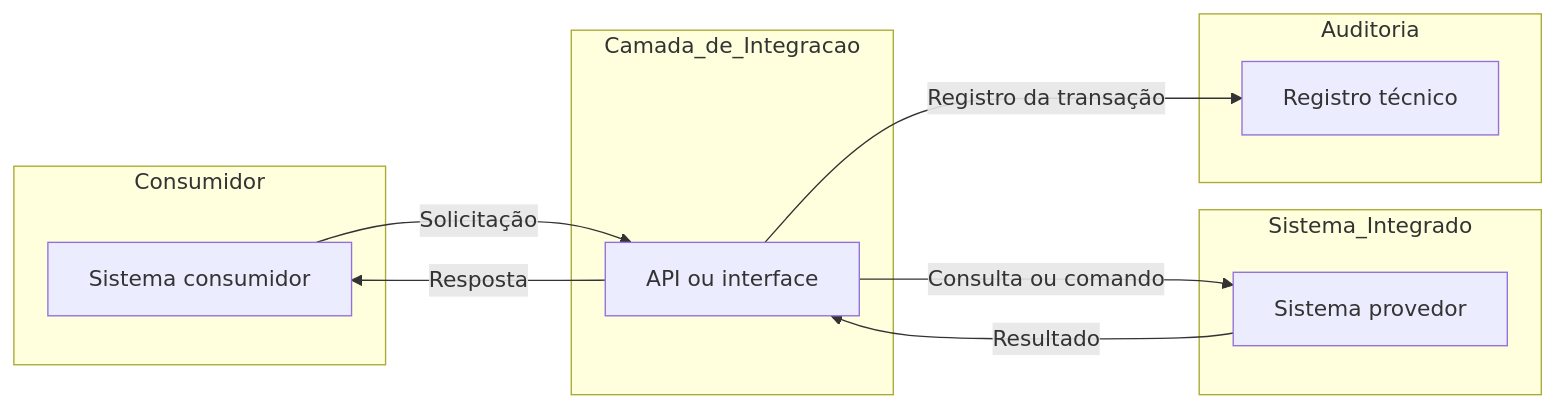
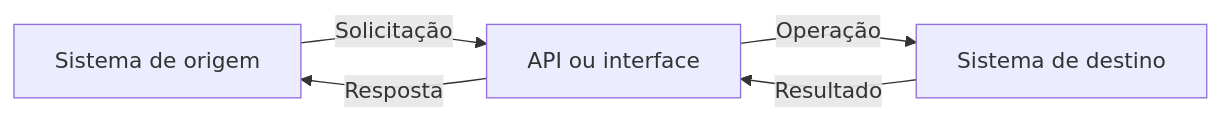
Before and after one commit to sthallis/markdown-teste: the diagram in example-markdown-documentation.md, drawn with Mermaid. The commit also changed other lines of this file, not shown here.

````diff
--- a/example-markdown-documentation.md
+++ b/example-markdown-documentation.md
@@ -48,24 +32,11 @@
 ```mermaid
 flowchart LR
-    subgraph Consumidor
-        A["Sistema consumidor"]
-    end
-
-    subgraph Camada_de_Integracao
-        B["API ou interface"]
-    end
-
-    subgraph Sistema_Integrado
-        C["Sistema provedor"]
-    end
-
-    subgraph Auditoria
-        D["Registro técnico"]
-    end
+    A["Sistema de origem"]
+    B["API ou interface"]
+    C["Sistema de destino"]
 
     A -->|"Solicitação"| B
-    B -->|"Consulta ou comando"| C
+    B -->|"Operação"| C
     C -->|"Resultado"| B
     B -->|"Resposta"| A
-    B -->|"Registro da transação"| D
 ```
````
